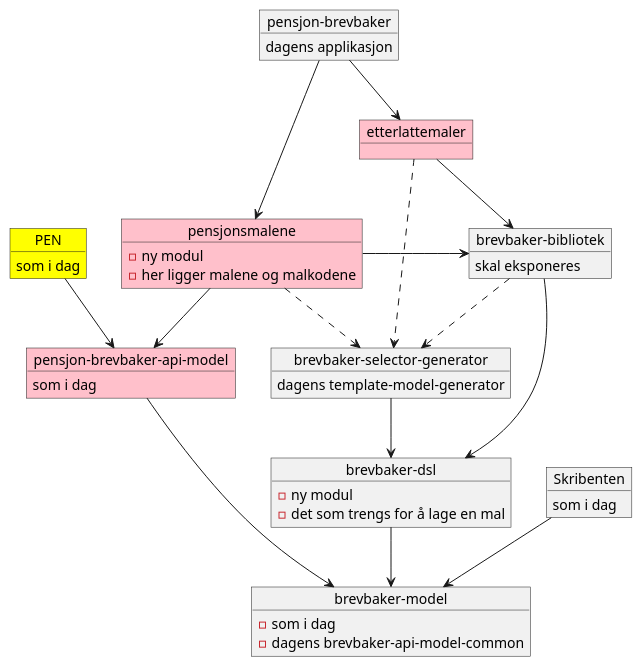
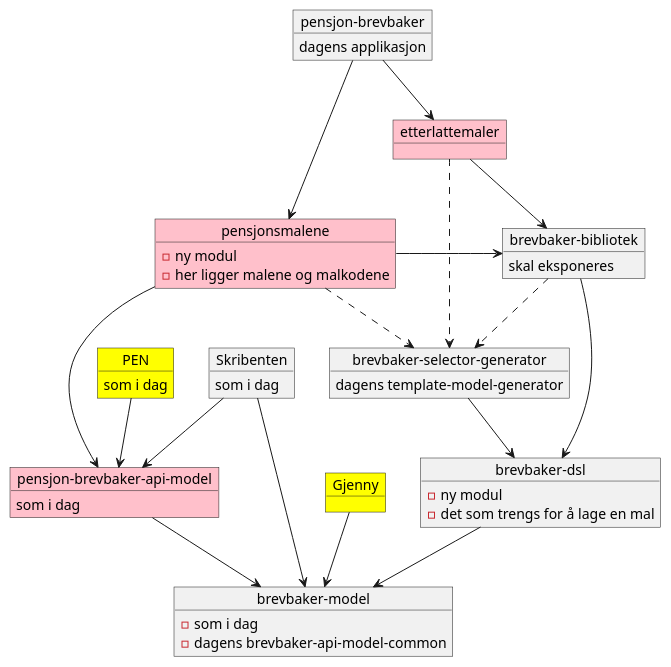
The diagram in docs/moduldiagram.puml (navikt/pensjonsbrev), drawn with PlantUML before and after one commit.

Commit message:
Tar inn Gjenny i diagrammet også

```diff
--- a/docs/moduldiagram.puml
+++ b/docs/moduldiagram.puml
@@ -1,53 +1,56 @@
 @startuml
 
 object "pensjon-brevbaker" as brevbaker
 brevbaker : dagens applikasjon
 
 object pensjonsmalene #pink
 pensjonsmalene : - ny modul
 pensjonsmalene : - her ligger malene og malkodene
 
 object "etterlattemaler" as etterlatte #pink
 
 object "pensjon-brevbaker-api-model" as apimodel #pink
 apimodel : som i dag
 
 object "brevbaker-dsl" as dsl
 dsl : - ny modul
 dsl : - det som trengs for å lage en mal
 
 object "brevbaker-bibliotek" as bibliotek
 bibliotek : skal eksponeres
 
+object Gjenny #yellow
 
 object "brevbaker-model" as modelcommon
 modelcommon : - som i dag
 modelcommon : - dagens brevbaker-api-model-common
 
 object "brevbaker-selector-generator" as tmg
 tmg : dagens template-model-generator
 
 object PEN #yellow
 PEN : som i dag
 
 object Skribenten
 Skribenten : som i dag
 
 bibliotek --> dsl
 brevbaker --> pensjonsmalene
 brevbaker --> etterlatte
 pensjonsmalene --> apimodel
 pensjonsmalene -> bibliotek
 etterlatte --> bibliotek
 apimodel --> modelcommon
 dsl --> modelcommon
 tmg --> dsl
 etterlatte ..> tmg
 pensjonsmalene ..> tmg
 bibliotek ..> tmg
 
 PEN --> apimodel
+Gjenny --> modelcommon
 
 Skribenten --> modelcommon
+Skribenten --> apimodel
 
 @enduml
```
